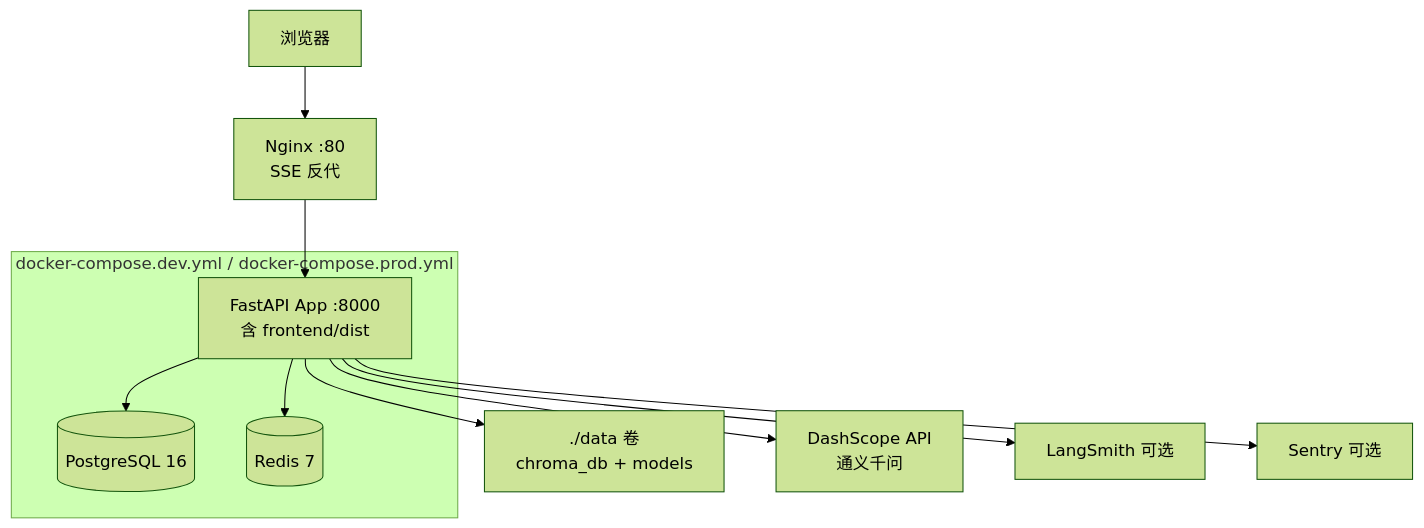
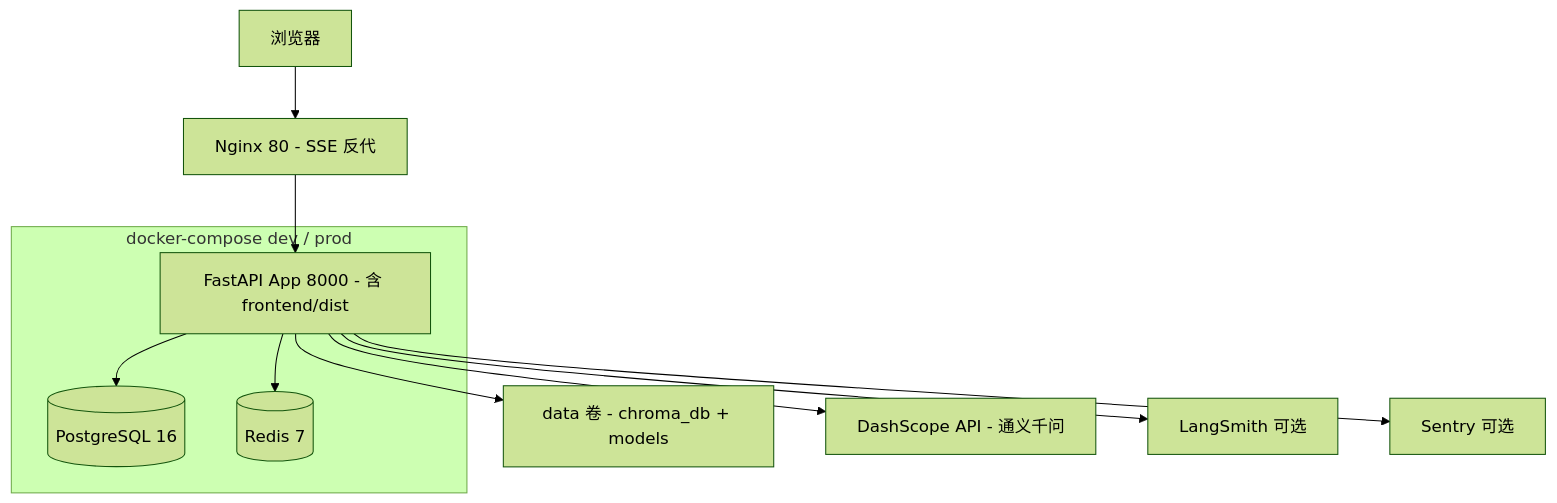
The seventh of 7 diagrams in docs/architecture.md (xiaduobao/poetryAgent), drawn with Mermaid (forest theme) before and after one commit. The commit also changed other lines of this file and 2 other files, not shown here.

````diff
--- a/docs/architecture.md
+++ b/docs/architecture.md
@@ -278,18 +278,18 @@
 ```mermaid
 flowchart TB
-    User[浏览器] --> Nginx[Nginx :80<br/>SSE 反代]
-    Nginx --> App[FastAPI App :8000<br/>含 frontend/dist]
+    User[浏览器] --> Nginx["Nginx 80 - SSE 反代"]
+    Nginx --> App["FastAPI App 8000 - 含 frontend/dist"]
 
-    subgraph DockerCompose["docker-compose.dev.yml / docker-compose.prod.yml"]
+    subgraph DockerCompose["docker-compose dev / prod"]
         App
         PG[(PostgreSQL 16)]
         Redis[(Redis 7)]
     end
 
     App --> PG
     App --> Redis
-    App --> ChromaVol[./data 卷<br/>chroma_db + models]
-    App --> DashScope[DashScope API<br/>通义千问]
+    App --> ChromaVol["data 卷 - chroma_db + models"]
+    App --> DashScope["DashScope API - 通义千问"]
     App --> LangSmith[LangSmith 可选]
     App --> Sentry[Sentry 可选]
 ```
````
